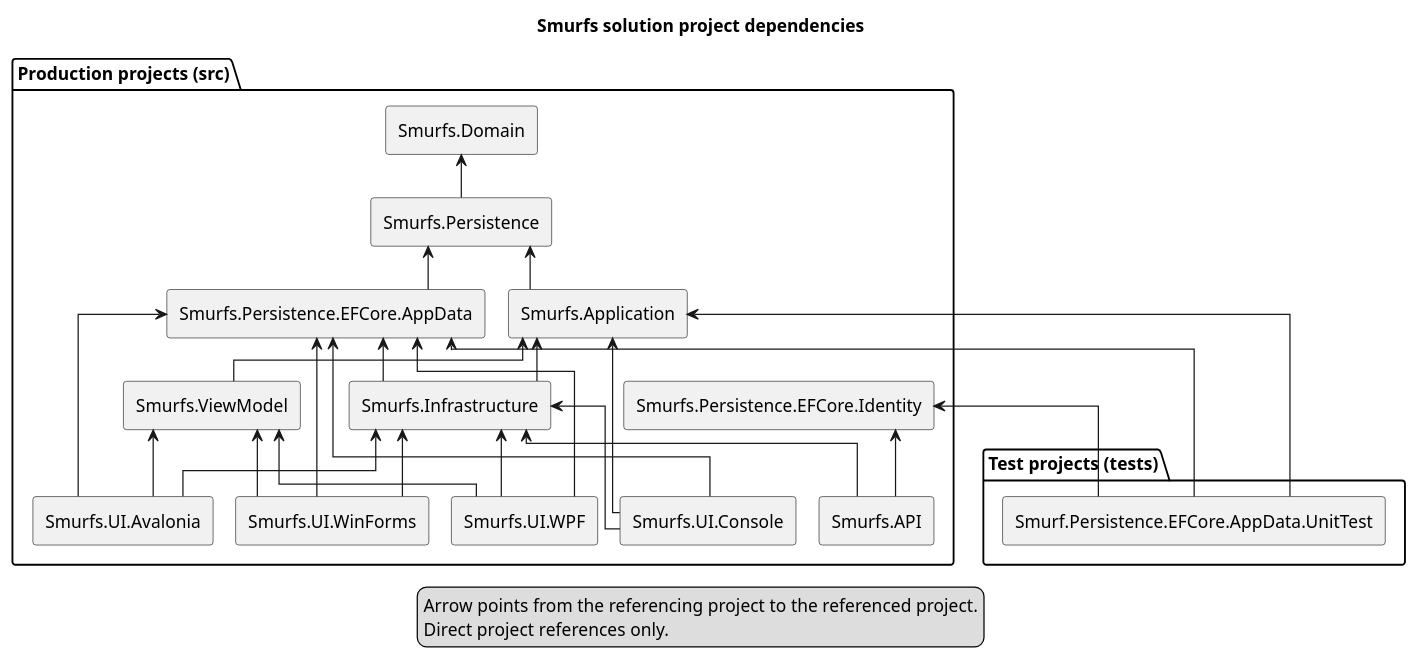
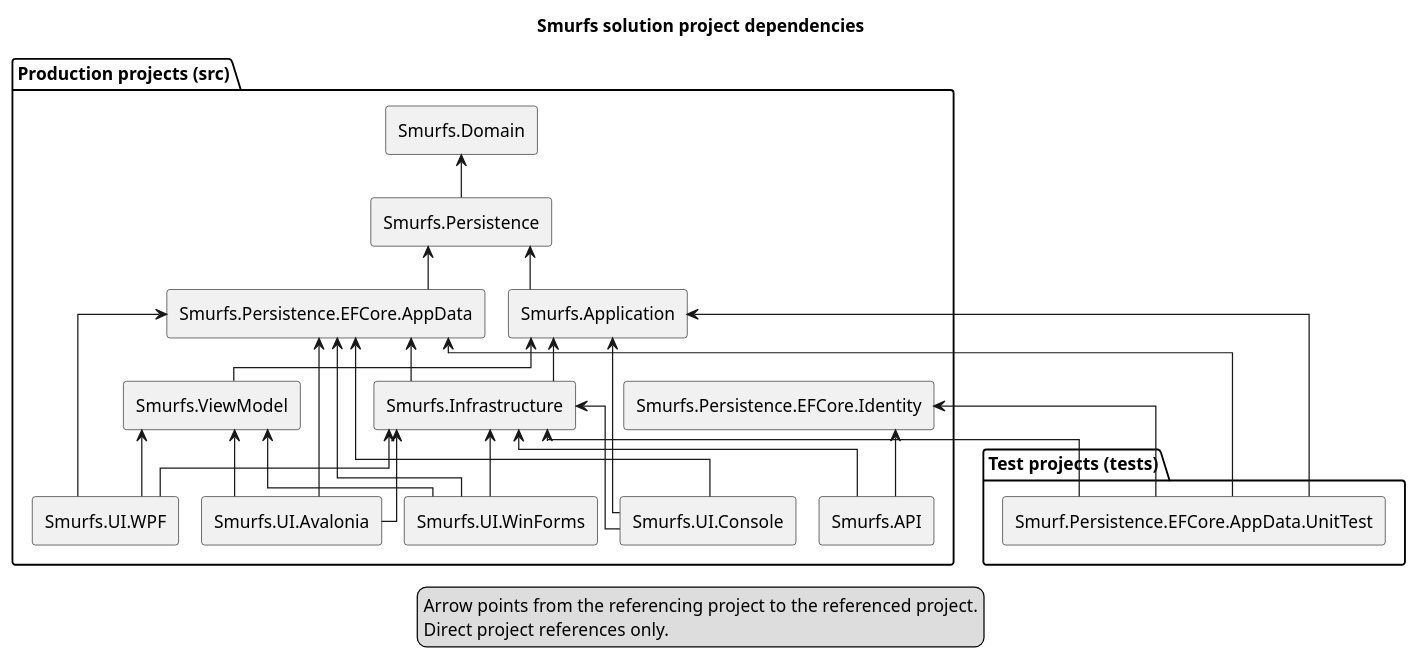
One commit to EbbeMeloSorensen/Smurfs changed the diagram in docs/structural/diagrams/project-dependencies.puml. Above: the diagram before and after it, drawn with PlantUML. The commit also changed 6 other files, not shown here.

```diff
--- a/docs/structural/diagrams/project-dependencies.puml
+++ b/docs/structural/diagrams/project-dependencies.puml
@@ -1,56 +1,57 @@
 @startuml
 title Smurfs solution project dependencies
 ' Keep nodes and arrows aligned with Smurfs.sln and direct ProjectReference items.
 skinparam componentStyle rectangle
 skinparam linetype ortho
 skinparam nodesep 18
 skinparam ranksep 35
 
 package "Production projects (src)" {
   component "Smurfs.API" as Smurfs_API
   component "Smurfs.Application" as Smurfs_Application
   component "Smurfs.Domain" as Smurfs_Domain
   component "Smurfs.Infrastructure" as Smurfs_Infrastructure
   component "Smurfs.Persistence" as Smurfs_Persistence
   component "Smurfs.Persistence.EFCore.AppData" as Smurfs_Persistence_EFCore_AppData
   component "Smurfs.Persistence.EFCore.Identity" as Smurfs_Persistence_EFCore_Identity
   component "Smurfs.UI.Avalonia" as Smurfs_UI_Avalonia
   component "Smurfs.UI.Console" as Smurfs_UI_Console
   component "Smurfs.UI.WinForms" as Smurfs_UI_WinForms
   component "Smurfs.UI.WPF" as Smurfs_UI_WPF
   component "Smurfs.ViewModel" as Smurfs_ViewModel
 }
 
 package "Test projects (tests)" {
   component "Smurf.Persistence.EFCore.AppData.UnitTest" as Smurf_Persistence_EFCore_AppData_UnitTest
 }
 
 Smurfs_API -up-> Smurfs_Infrastructure
 Smurfs_Application -up-> Smurfs_Persistence
 Smurfs_Infrastructure -up-> Smurfs_Application
 Smurfs_Infrastructure -up-> Smurfs_Persistence_EFCore_AppData
 Smurfs_API -up-> Smurfs_Persistence_EFCore_Identity
 Smurfs_Persistence -up-> Smurfs_Domain
 Smurfs_Persistence_EFCore_AppData -up-> Smurfs_Persistence
 Smurfs_UI_Avalonia -up-> Smurfs_Infrastructure
 Smurfs_UI_Avalonia -up-> Smurfs_Persistence_EFCore_AppData
 Smurfs_UI_Avalonia -up-> Smurfs_ViewModel
 Smurfs_UI_Console -up-> Smurfs_Application
 Smurfs_UI_Console -up-> Smurfs_Infrastructure
 Smurfs_UI_Console -up-> Smurfs_Persistence_EFCore_AppData
 Smurfs_UI_WinForms -up-> Smurfs_Infrastructure
 Smurfs_UI_WinForms -up-> Smurfs_Persistence_EFCore_AppData
 Smurfs_UI_WinForms -up-> Smurfs_ViewModel
 Smurfs_UI_WPF -up-> Smurfs_Infrastructure
 Smurfs_UI_WPF -up-> Smurfs_Persistence_EFCore_AppData
 Smurfs_UI_WPF -up-> Smurfs_ViewModel
 Smurfs_ViewModel -up-> Smurfs_Application
+Smurf_Persistence_EFCore_AppData_UnitTest -up-> Smurfs_Infrastructure
 Smurf_Persistence_EFCore_AppData_UnitTest -up-> Smurfs_Application
 Smurf_Persistence_EFCore_AppData_UnitTest -up-> Smurfs_Persistence_EFCore_AppData
 Smurf_Persistence_EFCore_AppData_UnitTest -up-> Smurfs_Persistence_EFCore_Identity
 
 legend bottom
   Arrow points from the referencing project to the referenced project.
   Direct project references only.
 endlegend
 @enduml
```
